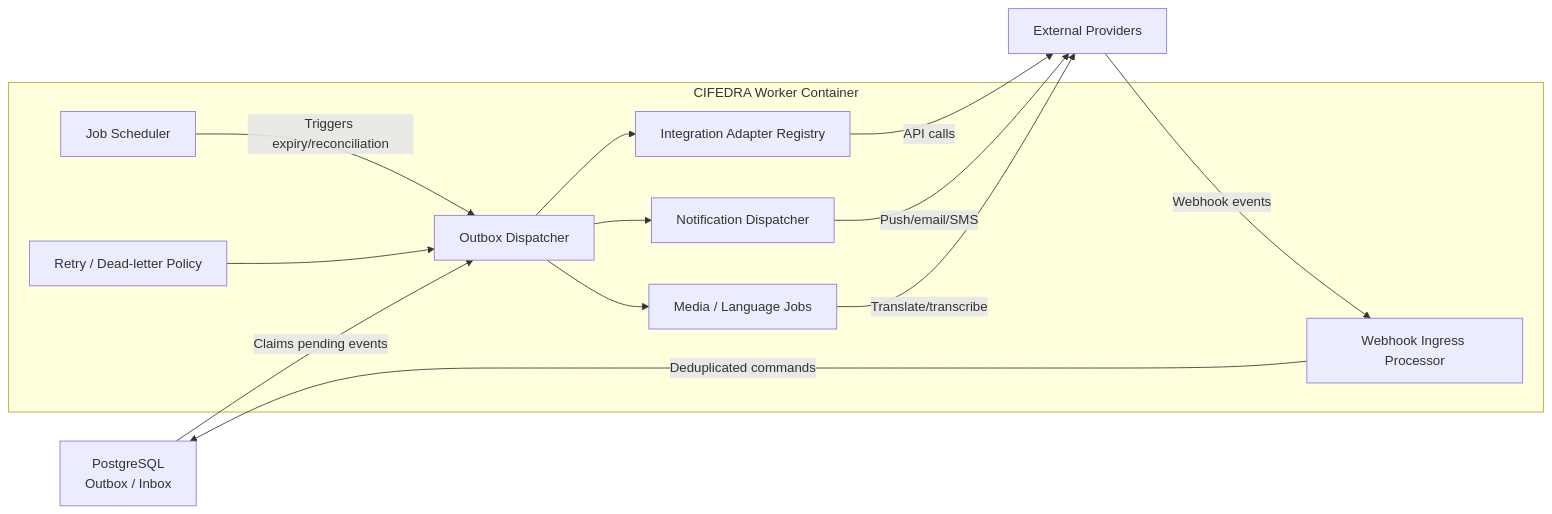
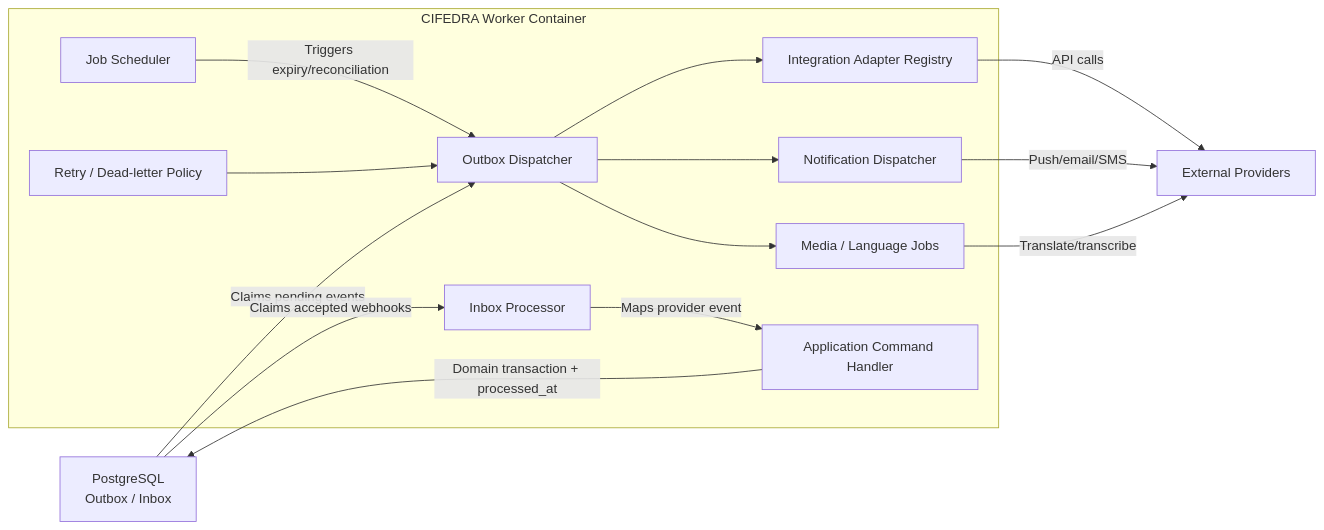
Before and after one commit to DIGITALATOM1/CIFEDRA: the fourth of 10 diagrams in knowledge/system/cifedra-hld.md, drawn with Mermaid. The commit also changed other lines of this file and 10 other files, not shown here.

Commit message:
Approve data and service architecture

````diff
--- a/knowledge/system/cifedra-hld.md
+++ b/knowledge/system/cifedra-hld.md
@@ -417,28 +418,30 @@
 ```mermaid
 flowchart LR
   DB["PostgreSQL<br/>Outbox / Inbox"]
 
   subgraph Worker["CIFEDRA Worker Container"]
     Dispatcher["Outbox Dispatcher"]
     Scheduler["Job Scheduler"]
     Retry["Retry / Dead-letter Policy"]
     Integration["Integration Adapter Registry"]
     Notification["Notification Dispatcher"]
     MediaJobs["Media / Language Jobs"]
-    Webhook["Webhook Ingress Processor"]
+    Inbox["Inbox Processor"]
+    Commands["Application Command Handler"]
   end
 
   Providers["External Providers"]
 
   DB -->|"Claims pending events"| Dispatcher
+  DB -->|"Claims accepted webhooks"| Inbox
   Scheduler -->|"Triggers expiry/reconciliation"| Dispatcher
   Dispatcher --> Integration
   Dispatcher --> Notification
   Dispatcher --> MediaJobs
   Integration -->|"API calls"| Providers
   Notification -->|"Push/email/SMS"| Providers
   MediaJobs -->|"Translate/transcribe"| Providers
-  Providers -->|"Webhook events"| Webhook
-  Webhook -->|"Deduplicated commands"| DB
+  Inbox -->|"Maps provider event"| Commands
+  Commands -->|"Domain transaction + processed_at"| DB
   Retry --> Dispatcher
 ```
````
